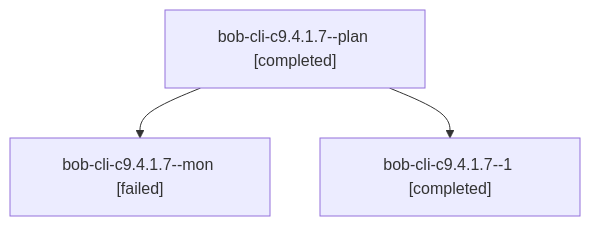
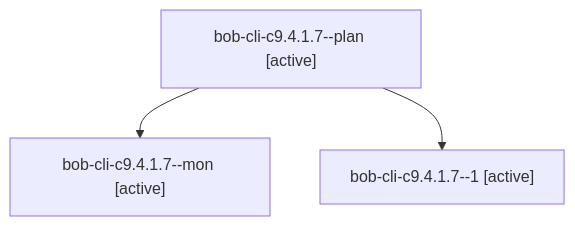
Before and after one commit to bobs-org/bob-cli--agents: the diagram in sessions/bbugyi200.athena.bob-cli-c9.4.1.7.md, drawn with Mermaid. The commit also changed other lines of this file and 107 other files, not shown here.

````diff
--- a/sessions/bbugyi200.athena.bob-cli-c9.4.1.7.md
+++ b/sessions/bbugyi200.athena.bob-cli-c9.4.1.7.md
@@ -9,8 +9,8 @@
 ```mermaid
 flowchart TD
-  n0["bob-cli-c9.4.1.7--plan [completed]"]
-  n1["bob-cli-c9.4.1.7--mon [failed]"]
+  n0["bob-cli-c9.4.1.7--plan [active]"]
+  n1["bob-cli-c9.4.1.7--mon [active]"]
   n0 --> n1
-  n2["bob-cli-c9.4.1.7--1 [completed]"]
+  n2["bob-cli-c9.4.1.7--1 [active]"]
   n0 --> n2
 ```
````
